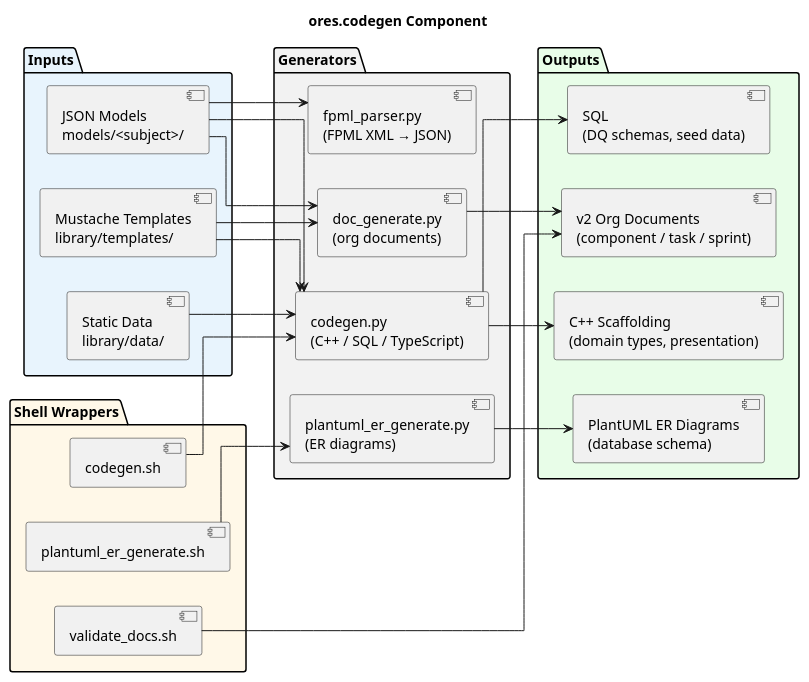
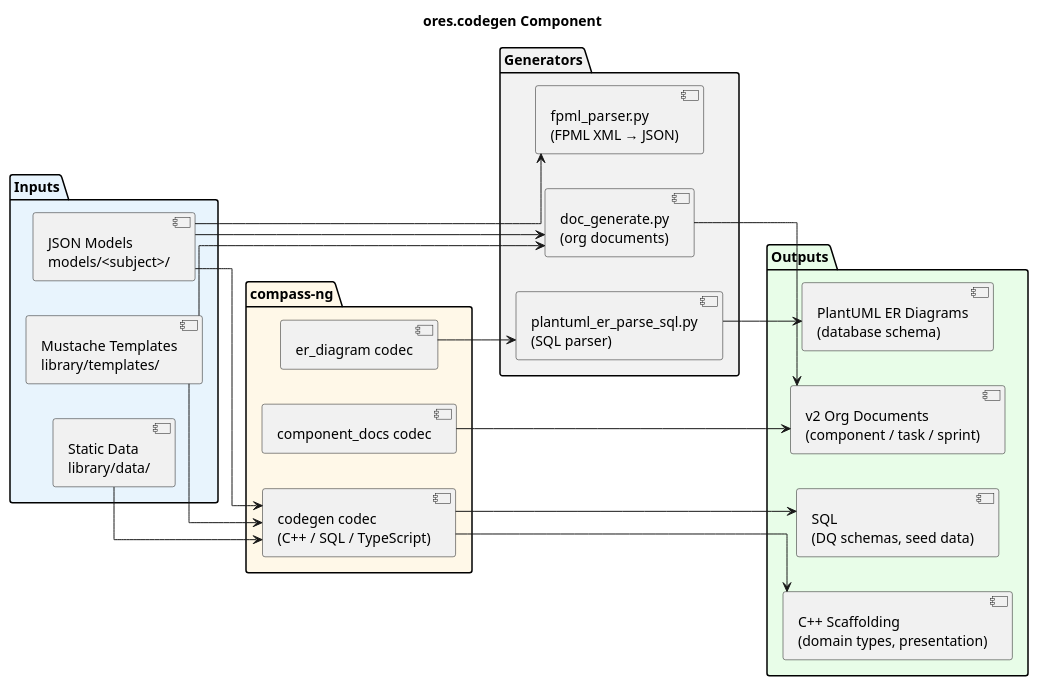
Before and after one commit to OreStudio/OreStudio: the diagram in projects/ores.codegen/modeling/ores.codegen.puml, drawn with PlantUML. The commit also changed 56 other files, not shown here.

```diff
--- a/projects/ores.codegen/modeling/ores.codegen.puml
+++ b/projects/ores.codegen/modeling/ores.codegen.puml
@@ -18,57 +18,55 @@
 @startuml
 
 title ores.codegen Component
 
 skinparam linetype ortho
 left to right direction
 
 package "Inputs" #E8F4FD {
     [JSON Models\nmodels/<subject>/] as models
     [Mustache Templates\nlibrary/templates/] as templates
     [Static Data\nlibrary/data/] as data
 }
 
 package "Generators" #F2F2F2 {
-    [codegen.py\n(C++ / SQL / TypeScript)] as gen
     [doc_generate.py\n(org documents)] as docgen
     [fpml_parser.py\n(FPML XML → JSON)] as fpml
-    [plantuml_er_generate.py\n(ER diagrams)] as ergen
+    [plantuml_er_parse_sql.py\n(SQL parser)] as ergen
 }
 
-package "Shell Wrappers" #FFF8E8 {
-    [codegen.sh] as gensh
-    [plantuml_er_generate.sh] as ersh
-    [validate_docs.sh] as valsh
+package "compass-ng" #FFF8E8 {
+    [codegen codec\n(C++ / SQL / TypeScript)] as gen
+    [er_diagram codec] as ersh
+    [component_docs codec] as valsh
 }
 
 package "Outputs" #E8FDE8 {
     [SQL\n(DQ schemas, seed data)] as sql
     [C++ Scaffolding\n(domain types, presentation)] as cpp
     [v2 Org Documents\n(component / task / sprint)] as orgdocs
     [PlantUML ER Diagrams\n(database schema)] as erdiag
 }
 
-gensh --> gen
 ersh --> ergen
 valsh --> orgdocs
 
 models --> gen
 templates --> gen
 data --> gen
 
 models --> docgen
 templates --> docgen
 
 models --> fpml
 
 gen --> sql
 gen --> cpp
 
 docgen --> orgdocs
 
 ergen --> erdiag
 
 ' Local Variables:
 ' compile-command: "java -Djava.awt.headless=true -DPLANTUML_SECURITY_PROFILE=UNSECURE -DPLANTUML_LIMIT_SIZE=65535 -jar /usr/share/plantuml/plantuml.jar ores.codegen.puml"
 ' End:
 @enduml
```
